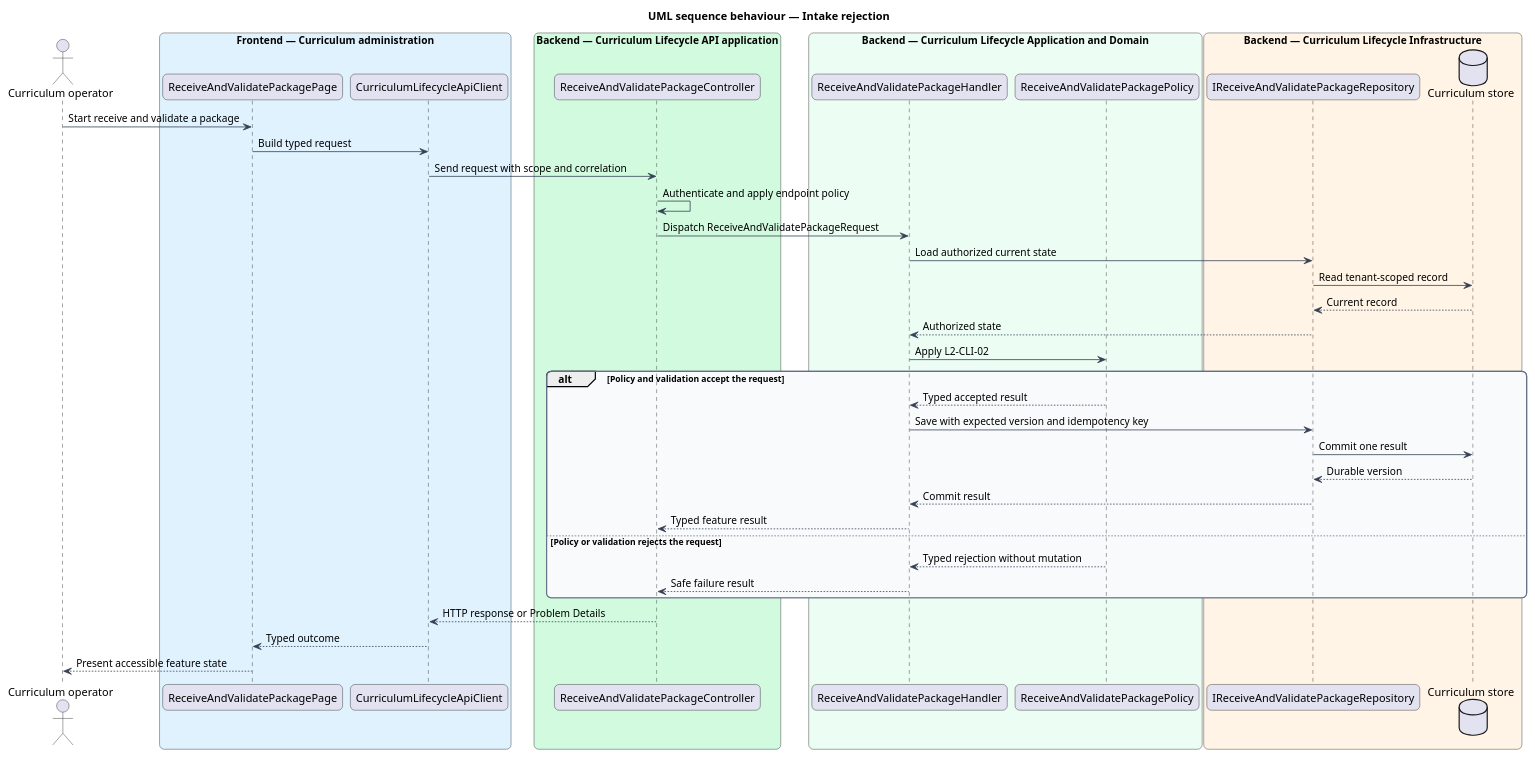
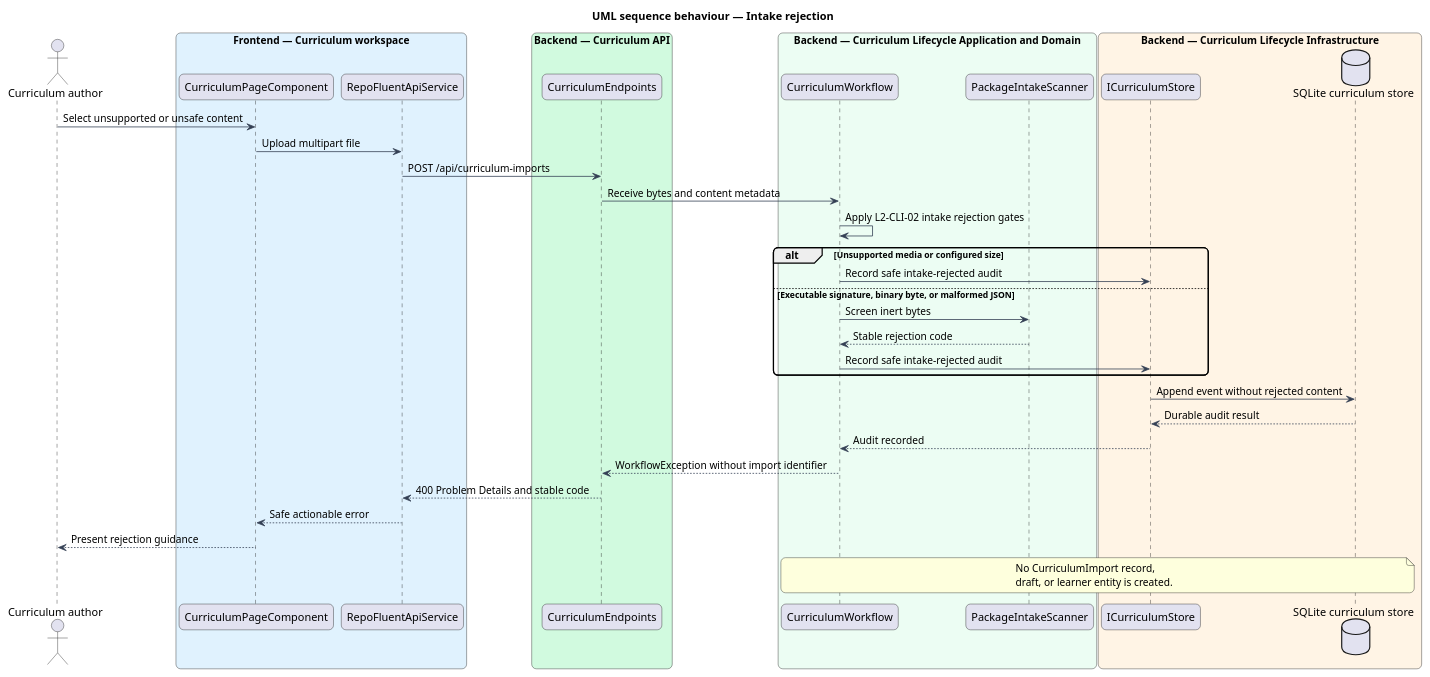
One commit to QuinntyneBrown/RepoFluent changed the diagram in docs/detailed-designs/04-curriculum-lifecycle/receive-and-validate-package/diagrams/sequence-l2-cli-02.puml. Above: the diagram before and after it, drawn with PlantUML. The commit also changed 49 other files, not shown here.

Commit message:
feat(curriculum): receive and validate packages

```diff
--- a/docs/detailed-designs/04-curriculum-lifecycle/receive-and-validate-package/diagrams/sequence-l2-cli-02.puml
+++ b/docs/detailed-designs/04-curriculum-lifecycle/receive-and-validate-package/diagrams/sequence-l2-cli-02.puml
@@ -1,57 +1,48 @@
 @startuml
 title UML sequence behaviour — Intake rejection
 skinparam backgroundColor #FFFFFF
 skinparam shadowing false
 skinparam roundcorner 12
 skinparam defaultFontName Arial
 skinparam ArrowColor #344054
-skinparam rectangle {
-  BorderColor #344054
-  FontColor #101828
-}
-skinparam package {
-  BorderColor #667085
-  FontColor #101828
-  BackgroundColor #F9FAFB
-}
-actor "Curriculum operator" as actor
-box "Frontend — Curriculum administration" #E0F2FE
-  participant "ReceiveAndValidatePackagePage" as entry
-  participant "CurriculumLifecycleApiClient" as client
+actor "Curriculum author" as author
+box "Frontend — Curriculum workspace" #E0F2FE
+  participant "CurriculumPageComponent" as page
+  participant "RepoFluentApiService" as client
 end box
-box "Backend — Curriculum Lifecycle API application" #D1FADF
-  participant "ReceiveAndValidatePackageController" as controller
+box "Backend — Curriculum API" #D1FADF
+  participant "CurriculumEndpoints" as endpoints
 end box
 box "Backend — Curriculum Lifecycle Application and Domain" #ECFDF3
-  participant "ReceiveAndValidatePackageHandler" as handler
-  participant "ReceiveAndValidatePackagePolicy" as policy
+  participant "CurriculumWorkflow" as workflow
+  participant "PackageIntakeScanner" as scanner
 end box
 box "Backend — Curriculum Lifecycle Infrastructure" #FFF4E5
-  participant "IReceiveAndValidatePackageRepository" as repository
-  database "Curriculum store" as store
+  participant "ICurriculumStore" as port
+  database "SQLite curriculum store" as store
 end box
-actor -> entry : Start receive and validate a package
-entry -> client : Build typed request
-client -> controller : Send request with scope and correlation
-controller -> controller : Authenticate and apply endpoint policy
-controller -> handler : Dispatch ReceiveAndValidatePackageRequest
-handler -> repository : Load authorized current state
-repository -> store : Read tenant-scoped record
-store --> repository : Current record
-repository --> handler : Authorized state
-handler -> policy : Apply L2-CLI-02
-alt Policy and validation accept the request
-  policy --> handler : Typed accepted result
-  handler -> repository : Save with expected version and idempotency key
-  repository -> store : Commit one result
-  store --> repository : Durable version
-  repository --> handler : Commit result
-  handler --> controller : Typed feature result
-else Policy or validation rejects the request
-  policy --> handler : Typed rejection without mutation
-  handler --> controller : Safe failure result
+
+author -> page : Select unsupported or unsafe content
+page -> client : Upload multipart file
+client -> endpoints : POST /api/curriculum-imports
+endpoints -> workflow : Receive bytes and content metadata
+workflow -> workflow : Apply L2-CLI-02 intake rejection gates
+alt Unsupported media or configured size
+  workflow -> port : Record safe intake-rejected audit
+else Executable signature, binary byte, or malformed JSON
+  workflow -> scanner : Screen inert bytes
+  scanner --> workflow : Stable rejection code
+  workflow -> port : Record safe intake-rejected audit
 end
-controller --> client : HTTP response or Problem Details
-client --> entry : Typed outcome
-entry --> actor : Present accessible feature state
+port -> store : Append event without rejected content
+store --> port : Durable audit result
+port --> workflow : Audit recorded
+workflow --> endpoints : WorkflowException without import identifier
+endpoints --> client : 400 Problem Details and stable code
+client --> page : Safe actionable error
+page --> author : Present rejection guidance
+note over workflow,store
+  No CurriculumImport record,
+  draft, or learner entity is created.
+end note
 @enduml
```
